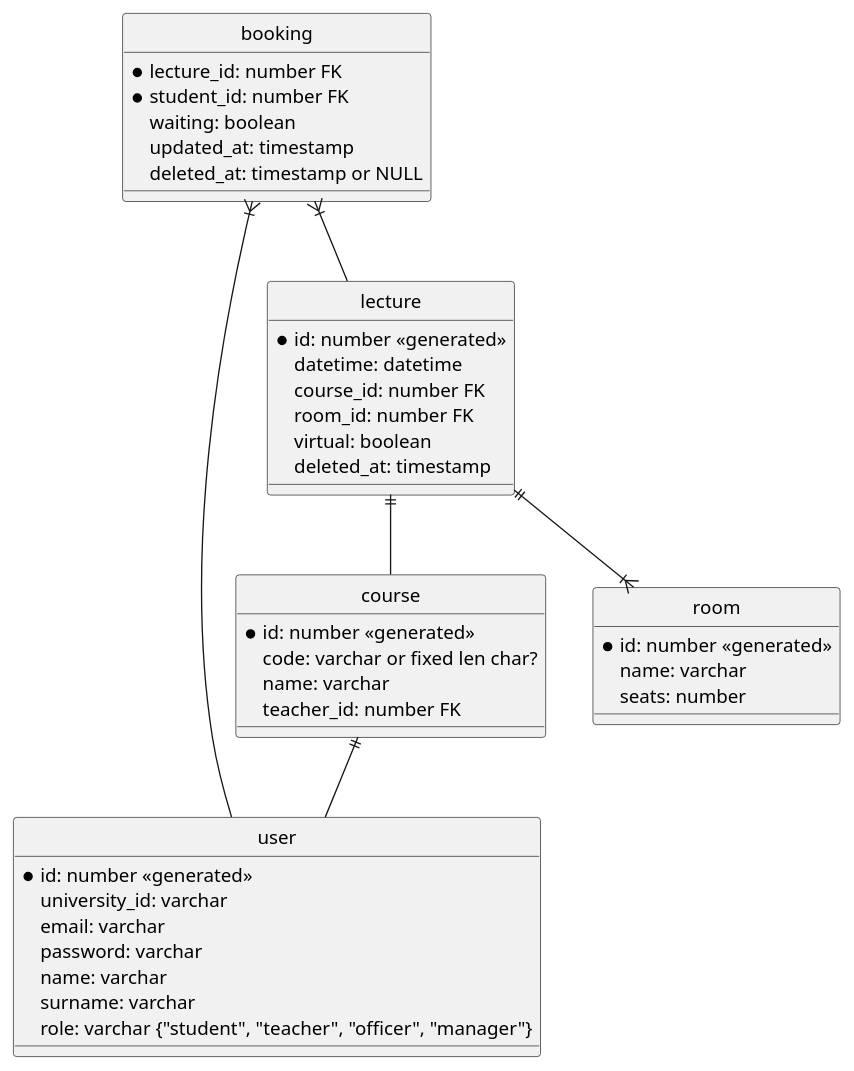
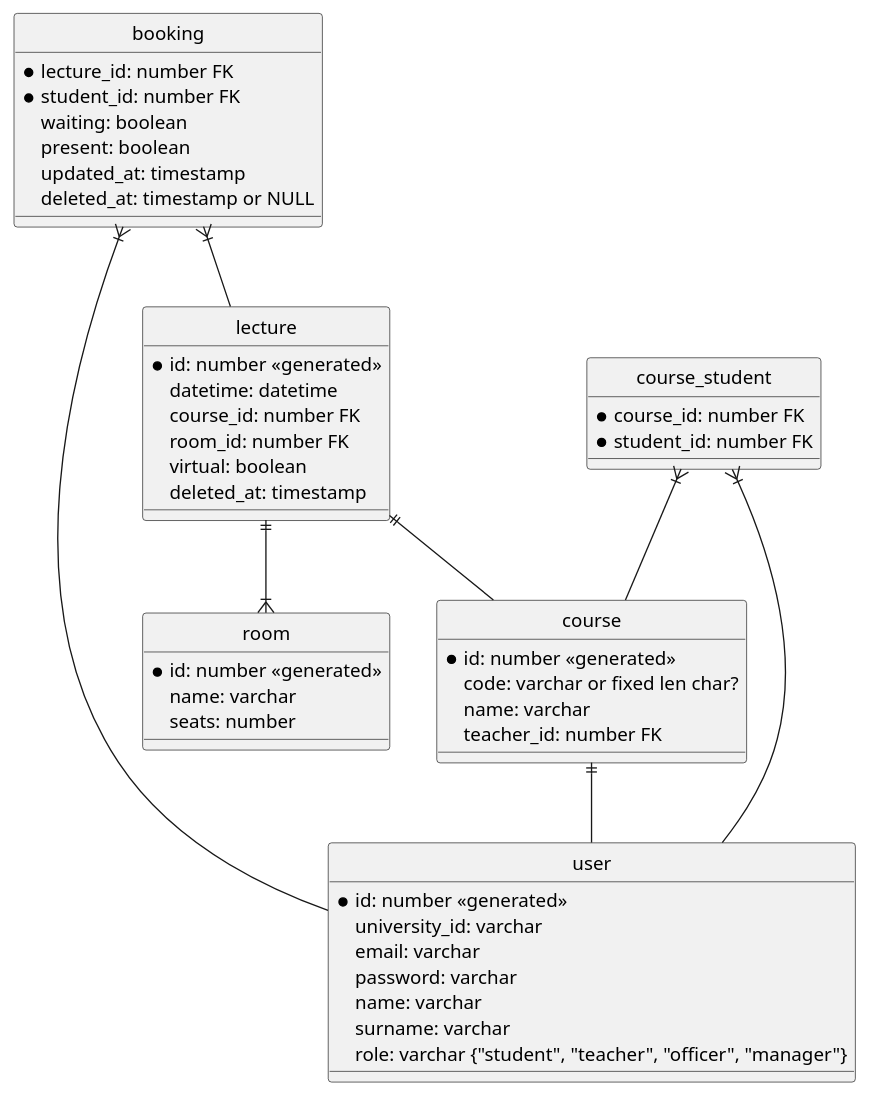
Before and after one commit to se2team3/PULSeBS: the diagram in server/database_design.md, drawn with PlantUML. The commit also changed other lines of this file, not shown here.

Commit message:
PULSEBS-28 added course_student relationship

````diff
--- a/server/database_design.md
+++ b/server/database_design.md
@@ -9,55 +9,64 @@
 ```plantuml
 @startuml
 ' hide the spot
 hide circle
 
 entity booking {
 *lecture_id: number FK
 *student_id: number FK
 waiting: boolean
+present: boolean
 updated_at: timestamp
 deleted_at: timestamp or NULL
 }
 
 entity user {
 *id: number <<generated>>
 university_id: varchar
 email: varchar
 password: varchar
 name: varchar
 surname: varchar
 role: varchar {"student", "teacher", "officer", "manager"}
 }
 
 entity course {
 *id: number <<generated>>
 code: varchar or fixed len char?
 name: varchar
 teacher_id: number FK
 }
 
 entity lecture {
 *id: number <<generated>>
 datetime: datetime
 course_id: number FK
 room_id: number FK
 virtual: boolean
 deleted_at: timestamp
 }
 
 entity room {
 *id: number <<generated>>
 name: varchar
 seats: number
 }
 
+entity course_student {
+*course_id: number FK
+*student_id: number FK
+}
+
+course_student }|-- user
+course_student }|-- course
+
 lecture ||--|{ room
 
 booking }|-- user
 
 booking }|-- lecture
 lecture ||-- course
 ' teacher
 course ||-- user
 @enduml
 ```
````
